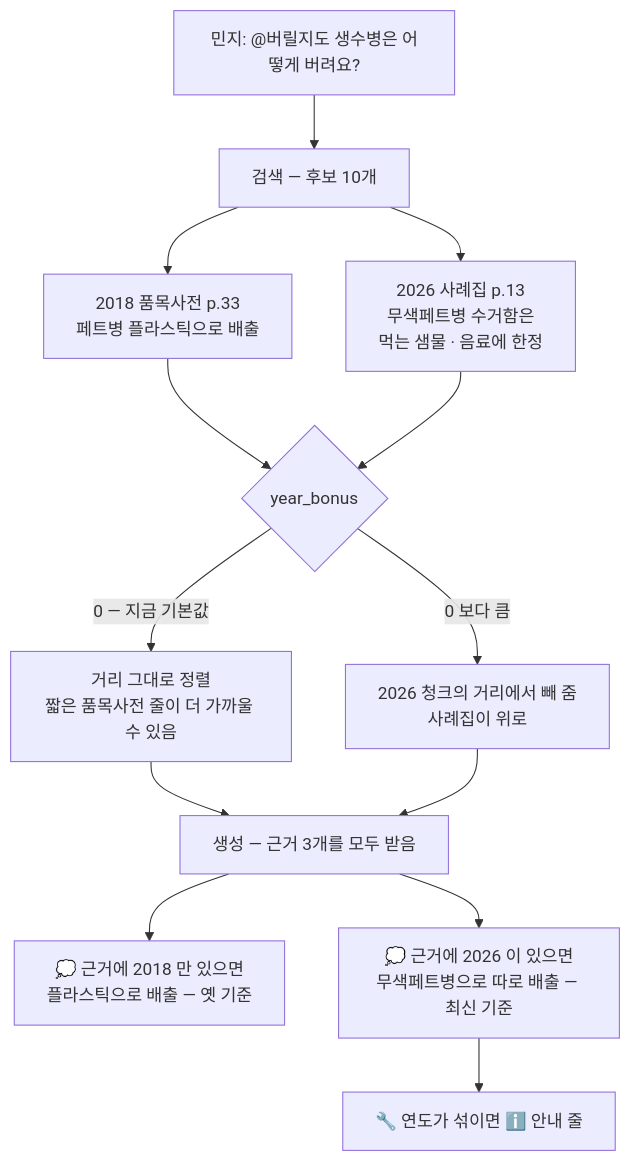
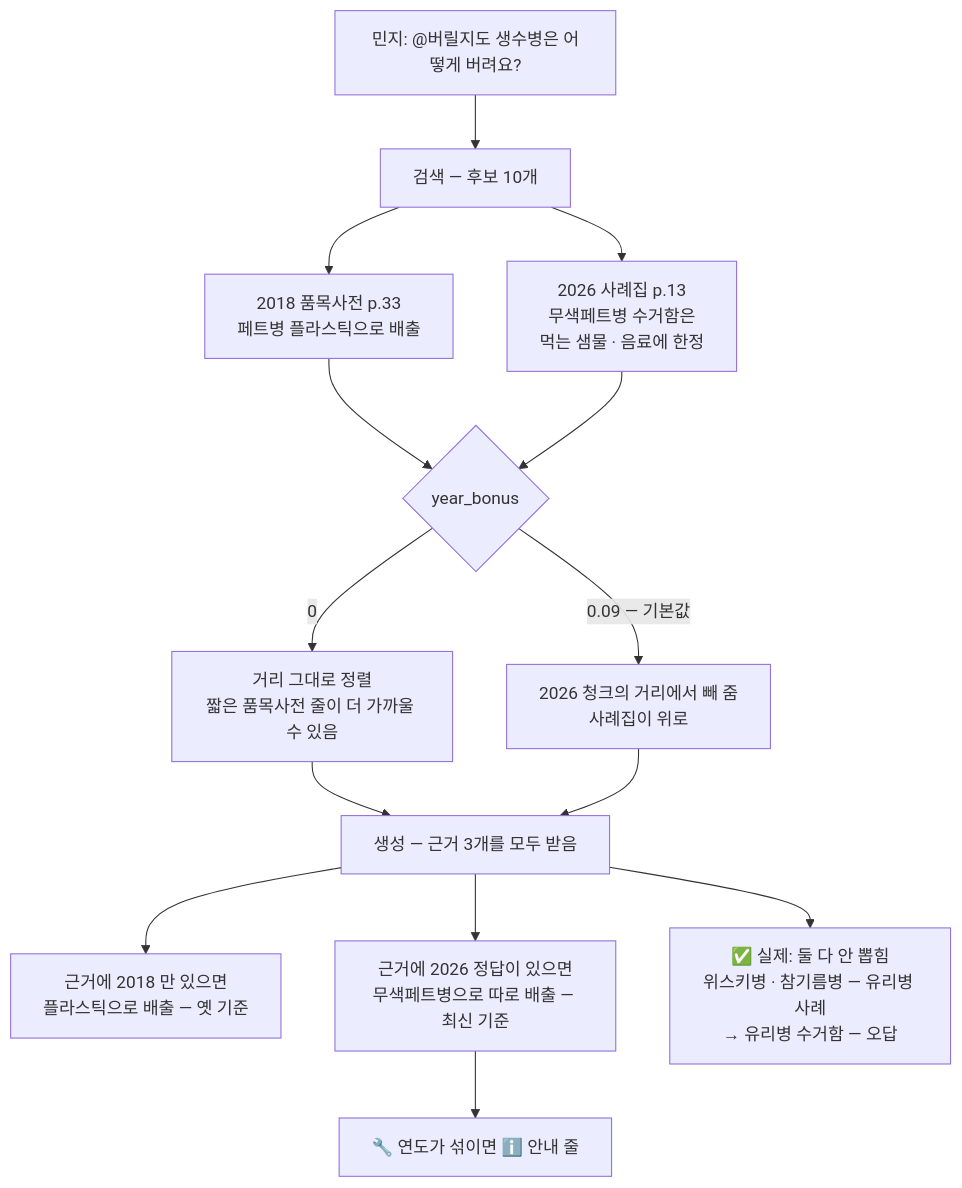
Before and after one commit to Jinseok2419342/langchain-2026-20241499: the second of 8 diagrams in mini_project/docs/scenarios.md, drawn with Mermaid. The commit also changed other lines of this file and 3 other files, not shown here.

````diff
--- a/mini_project/docs/scenarios.md
+++ b/mini_project/docs/scenarios.md
@@ -96,18 +98,19 @@
 ```mermaid
 flowchart TD
     q["민지: @버릴지도 생수병은 어떻게 버려요?"]
     q --> ret["검색 — 후보 10개"]
     ret --> old["2018 품목사전 p.33<br/>페트병 플라스틱으로 배출"]
     ret --> new["2026 사례집 p.13<br/>무색페트병 수거함은<br/>먹는 샘물 · 음료에 한정"]
 
     old --> yb{"year_bonus"}
     new --> yb
-    yb -- "0 — 지금 기본값" --> same["거리 그대로 정렬<br/>짧은 품목사전 줄이 더 가까울 수 있음"]
-    yb -- "0 보다 큼" --> boost["2026 청크의 거리에서 빼 줌<br/>사례집이 위로"]
+    yb -- "0" --> same["거리 그대로 정렬<br/>짧은 품목사전 줄이 더 가까울 수 있음"]
+    yb -- "0.09 — 기본값" --> boost["2026 청크의 거리에서 빼 줌<br/>사례집이 위로"]
 
     same --> gen["생성 — 근거 3개를 모두 받음"]
     boost --> gen
-    gen --> a1["💭 근거에 2018 만 있으면<br/>플라스틱으로 배출 — 옛 기준"]
-    gen --> a2["💭 근거에 2026 이 있으면<br/>무색페트병으로 따로 배출 — 최신 기준"]
+    gen --> a1["근거에 2018 만 있으면<br/>플라스틱으로 배출 — 옛 기준"]
+    gen --> a2["근거에 2026 정답이 있으면<br/>무색페트병으로 따로 배출 — 최신 기준"]
+    gen --> a3["✅ 실제: 둘 다 안 뽑힘<br/>위스키병 · 참기름병 — 유리병 사례<br/>→ 유리병 수거함 — 오답"]
     a2 --> note["🔧 연도가 섞이면 ℹ️ 안내 줄"]
 ```
````
